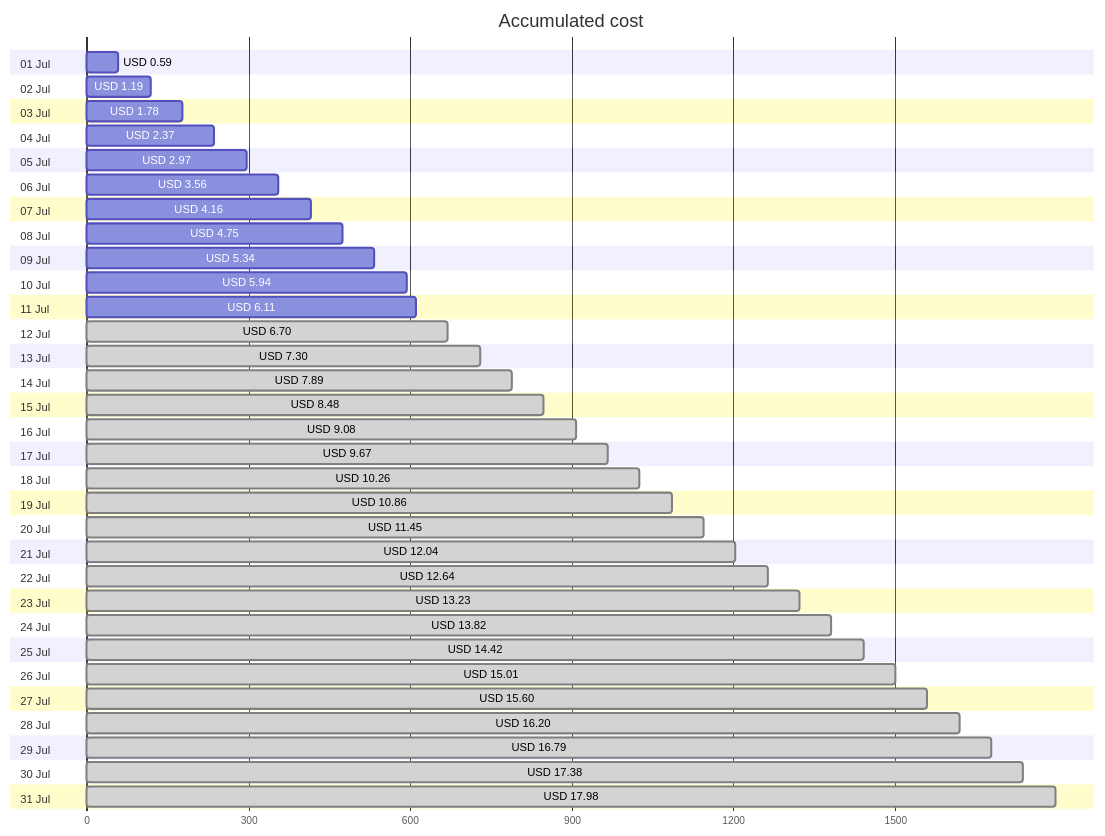
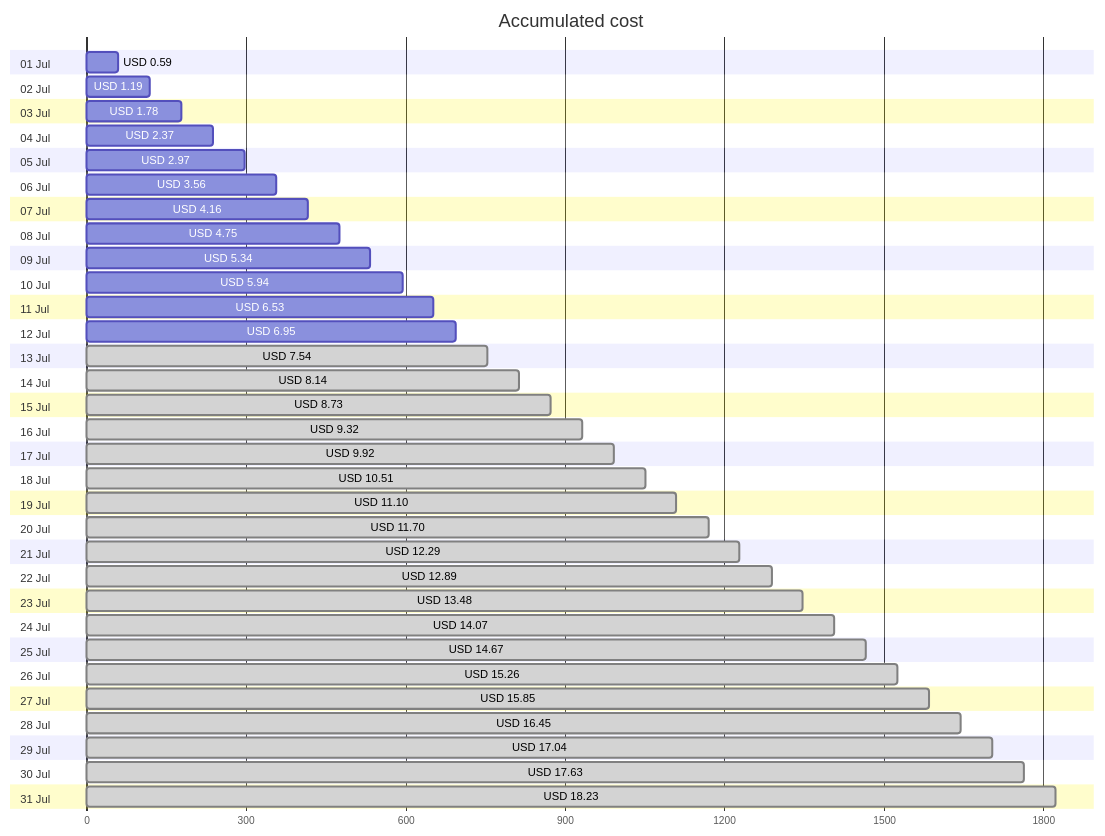
Before and after one commit to jpfulton/azure-personal-reports: the first of 4 diagrams in cost-reports/personal-site/README.md, drawn with Mermaid. The commit also changed other lines of this file and 6 other files, not shown here.

````diff
--- a/cost-reports/personal-site/README.md
+++ b/cost-reports/personal-site/README.md
@@ -20,68 +20,68 @@
 ```mermaid
 gantt
    title Accumulated cost
    dateFormat  X
    axisFormat %s
    section 01 Jul
    USD 0.59 :0, 59
    section 02 Jul
    USD 1.19 :0, 119
    section 03 Jul
    USD 1.78 :0, 178
    section 04 Jul
    USD 2.37 :0, 237
    section 05 Jul
    USD 2.97 :0, 297
    section 06 Jul
    USD 3.56 :0, 356
    section 07 Jul
    USD 4.16 :0, 416
    section 08 Jul
    USD 4.75 :0, 475
    section 09 Jul
    USD 5.34 :0, 534
    section 10 Jul
    USD 5.94 :0, 594
    section 11 Jul
-   USD 6.11 :0, 611
+   USD 6.53 :0, 653
    section 12 Jul
-   USD 6.70 : done, 0, 670
+   USD 6.95 :0, 695
    section 13 Jul
-   USD 7.30 : done, 0, 730
+   USD 7.54 : done, 0, 754
    section 14 Jul
-   USD 7.89 : done, 0, 789
+   USD 8.14 : done, 0, 814
    section 15 Jul
-   USD 8.48 : done, 0, 848
+   USD 8.73 : done, 0, 873
    section 16 Jul
-   USD 9.08 : done, 0, 908
+   USD 9.32 : done, 0, 932
    section 17 Jul
-   USD 9.67 : done, 0, 967
+   USD 9.92 : done, 0, 992
    section 18 Jul
-   USD 10.26 : done, 0, 1026
+   USD 10.51 : done, 0, 1051
    section 19 Jul
-   USD 10.86 : done, 0, 1086
+   USD 11.10 : done, 0, 1110
    section 20 Jul
-   USD 11.45 : done, 0, 1145
+   USD 11.70 : done, 0, 1170
    section 21 Jul
-   USD 12.04 : done, 0, 1204
+   USD 12.29 : done, 0, 1229
    section 22 Jul
-   USD 12.64 : done, 0, 1264
+   USD 12.89 : done, 0, 1289
    section 23 Jul
-   USD 13.23 : done, 0, 1323
+   USD 13.48 : done, 0, 1348
    section 24 Jul
-   USD 13.82 : done, 0, 1382
+   USD 14.07 : done, 0, 1407
    section 25 Jul
-   USD 14.42 : done, 0, 1442
+   USD 14.67 : done, 0, 1467
    section 26 Jul
-   USD 15.01 : done, 0, 1501
+   USD 15.26 : done, 0, 1526
    section 27 Jul
-   USD 15.60 : done, 0, 1560
+   USD 15.85 : done, 0, 1585
    section 28 Jul
-   USD 16.20 : done, 0, 1620
+   USD 16.45 : done, 0, 1645
    section 29 Jul
-   USD 16.79 : done, 0, 1679
+   USD 17.04 : done, 0, 1704
    section 30 Jul
-   USD 17.38 : done, 0, 1738
+   USD 17.63 : done, 0, 1763
    section 31 Jul
-   USD 17.98 : done, 0, 1798
+   USD 18.23 : done, 0, 1823
 ```
````
